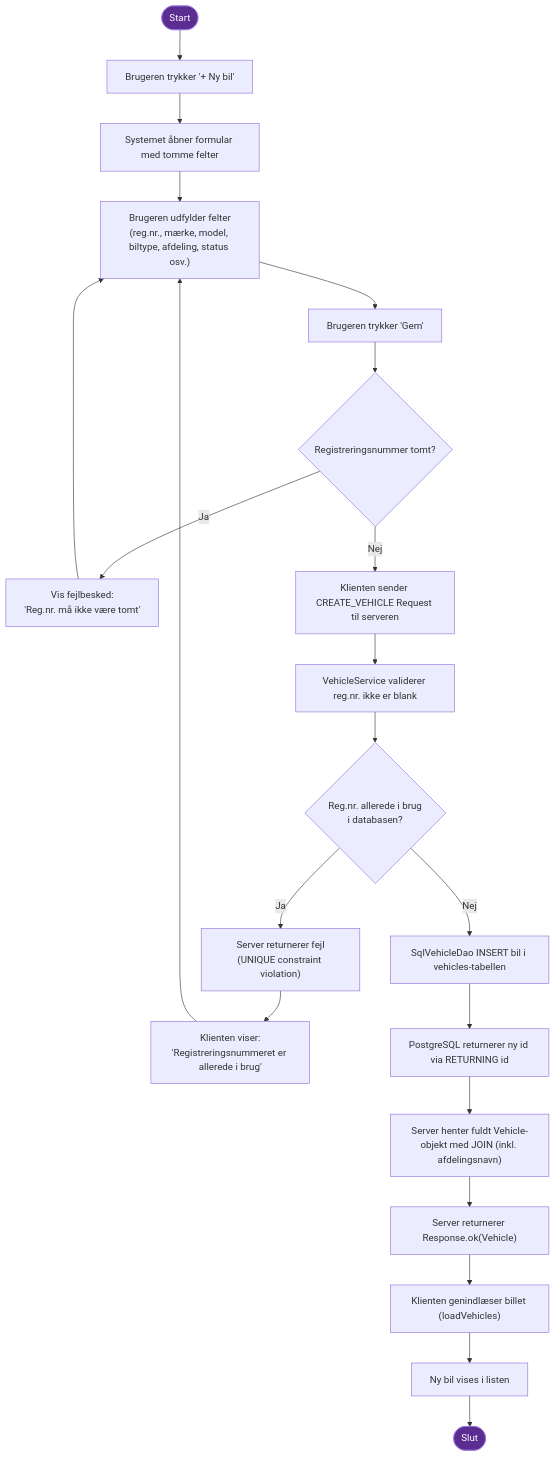
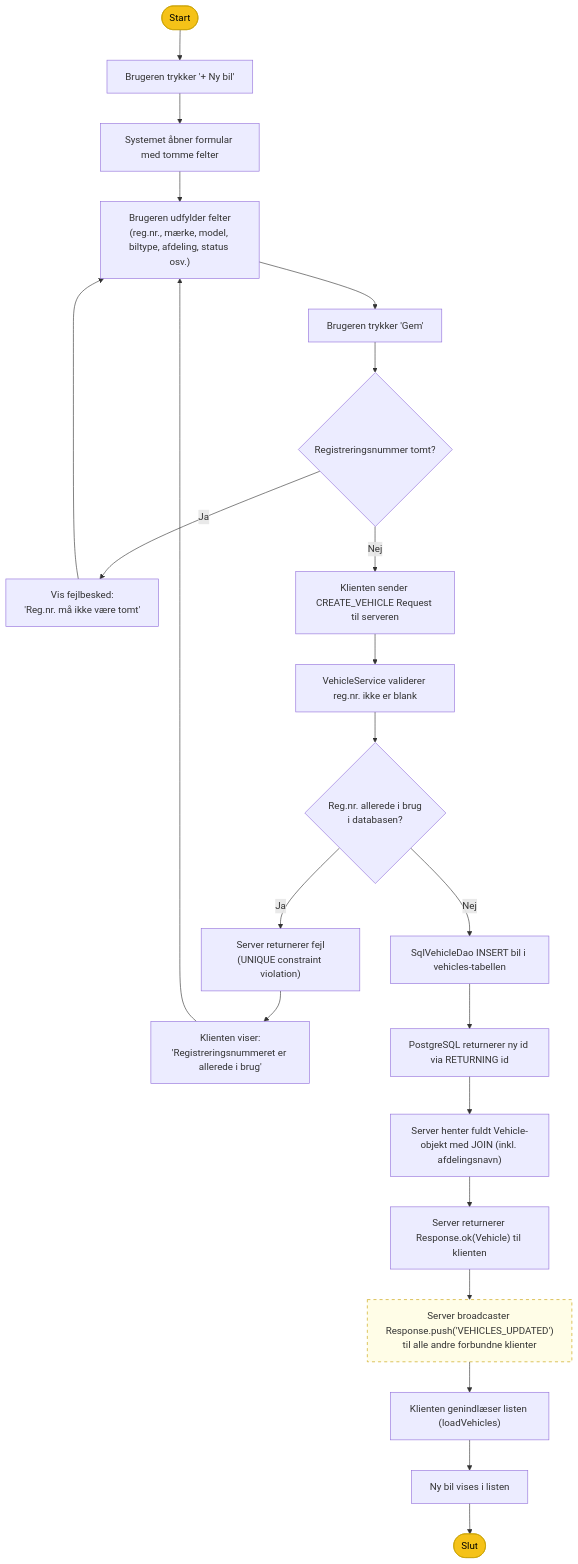
The diagram in diagrams/activity_uc04_create_vehicle.md (JenosanJudes/FleetManager_SEP2), drawn with Mermaid before and after one commit. The commit also changed 6 other files, not shown here.

````diff
--- a/diagrams/activity_uc04_create_vehicle.md
+++ b/diagrams/activity_uc04_create_vehicle.md
@@ -5,30 +5,32 @@
 ```mermaid
 flowchart TD
     A([Start]) --> B["Brugeren trykker '+ Ny bil'"]
     B --> C["Systemet åbner formular med tomme felter"]
     C --> D["Brugeren udfylder felter\n(reg.nr., mærke, model, biltype, afdeling, status osv.)"]
     D --> E["Brugeren trykker 'Gem'"]
     E --> F{Registreringsnummer tomt?}
 
     F -- Ja --> G["Vis fejlbesked:\n'Reg.nr. må ikke være tomt'"]
     G --> D
 
     F -- Nej --> H["Klienten sender CREATE_VEHICLE Request til serveren"]
     H --> I["VehicleService validerer reg.nr. ikke er blank"]
     I --> J{Reg.nr. allerede i brug\ni databasen?}
 
     J -- Ja --> K["Server returnerer fejl\n(UNIQUE constraint violation)"]
     K --> L["Klienten viser:\n'Registreringsnummeret er allerede i brug'"]
     L --> D
 
     J -- Nej --> M["SqlVehicleDao INSERT bil i vehicles-tabellen"]
     M --> N["PostgreSQL returnerer ny id via RETURNING id"]
     N --> O["Server henter fuldt Vehicle-objekt med JOIN (inkl. afdelingsnavn)"]
-    O --> P["Server returnerer Response.ok(Vehicle)"]
-    P --> Q["Klienten genindlæser billet (loadVehicles)"]
-    Q --> R["Ny bil vises i listen"]
-    R --> S([Slut])
+    O --> P["Server returnerer Response.ok(Vehicle) til klienten"]
+    P --> Q["Server broadcaster Response.push('VEHICLES_UPDATED')\ntil alle andre forbundne klienter"]
+    Q --> R["Klienten genindlæser listen (loadVehicles)"]
+    R --> S["Ny bil vises i listen"]
+    S --> T([Slut])
 
-    style A fill:#5c2d91,color:#fff
-    style S fill:#5c2d91,color:#fff
+    style A fill:#f5c218,color:#000,stroke:#c8a000
+    style T fill:#f5c218,color:#000,stroke:#c8a000
+    style Q fill:#fffde7,stroke:#c8a000,stroke-dasharray:5 5
 ```
````
